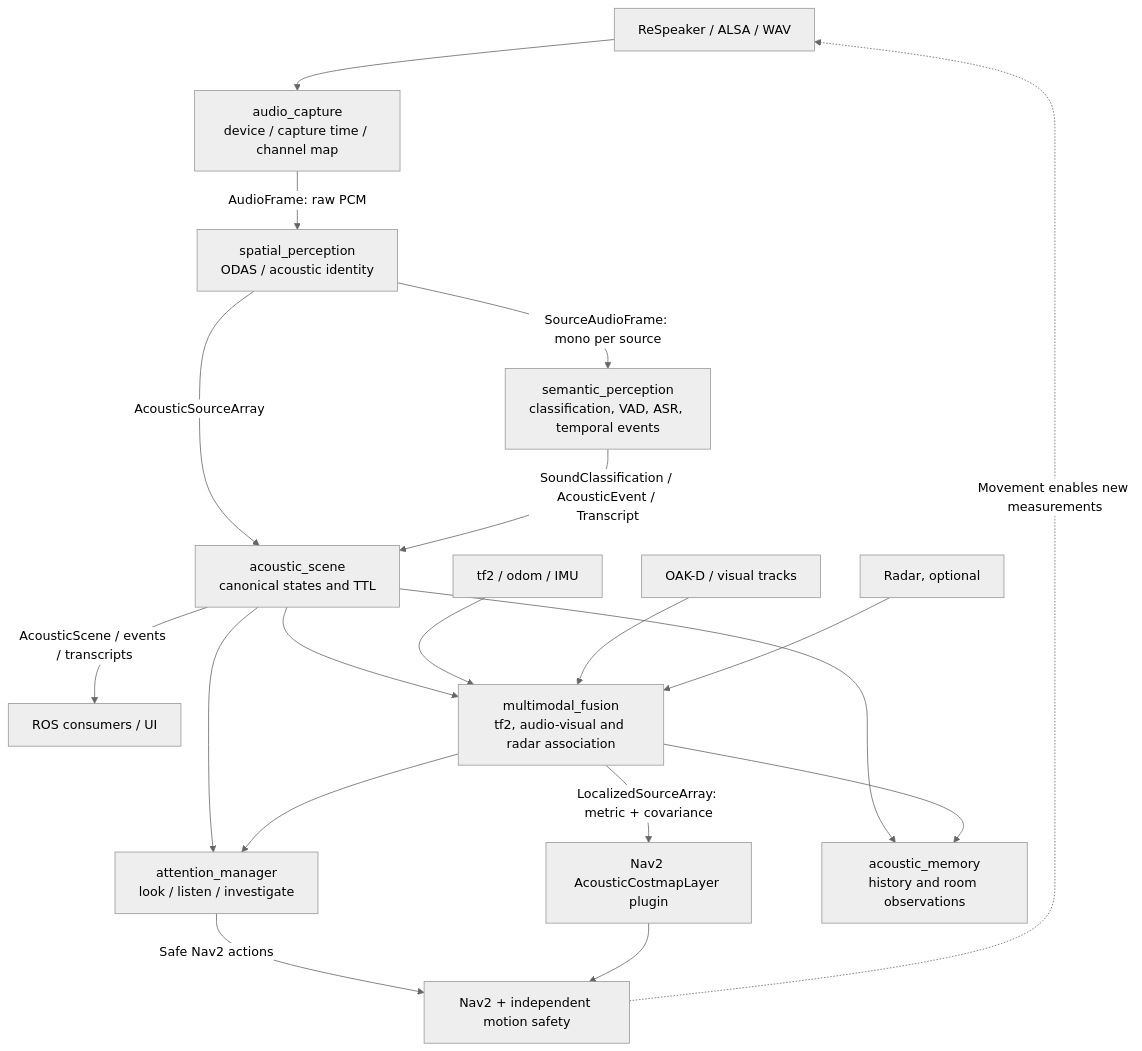
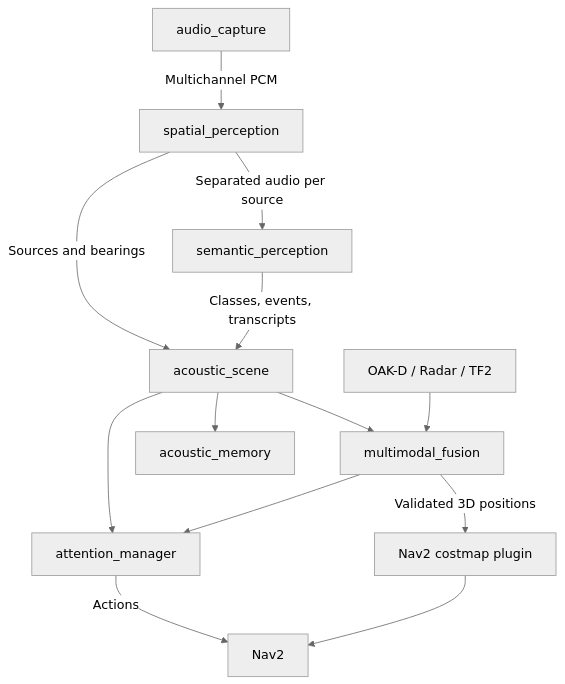
One commit to ARDev1161/audition_ros2 changed the diagram in docs/diagrams/acoustic_interaction_flow.mmd. Above: the diagram before and after it, drawn with Mermaid (neutral theme).

Commit message:
docs: restore exact compact Mermaid node interactions

```diff
--- a/docs/diagrams/acoustic_interaction_flow.mmd
+++ b/docs/diagrams/acoustic_interaction_flow.mmd
@@ -1,19 +1,13 @@
 flowchart TB
-  MIC["ReSpeaker / ALSA / WAV"] --> CAP["audio_capture<br/>device / capture time / channel map"]
-  CAP -->|"AudioFrame: raw PCM"| SP["spatial_perception<br/>ODAS / acoustic identity"]
-  SP -->|"SourceAudioFrame: mono per source"| SEM["semantic_perception<br/>classification, VAD, ASR, temporal events"]
-  SP -->|"AcousticSourceArray"| SC["acoustic_scene<br/>canonical states and TTL"]
-  SEM -->|"SoundClassification / AcousticEvent / Transcript"| SC
-  SC -->|"AcousticScene / events / transcripts"| CONS["ROS consumers / UI"]
-  SC --> ATT["attention_manager<br/>look / listen / investigate"]
-  SC --> FUS["multimodal_fusion<br/>tf2, audio-visual and radar association"]
-  TF["tf2 / odom / IMU"] --> FUS
-  CAM["OAK-D / visual tracks"] --> FUS
-  RAD["Radar, optional"] --> FUS
-  FUS -->|"LocalizedSourceArray: metric + covariance"| COST["Nav2 AcousticCostmapLayer plugin"]
-  FUS --> ATT
-  SC --> MEM["acoustic_memory<br/>history and room observations"]
-  FUS --> MEM
-  ATT -->|"Safe Nav2 actions"| NAV["Nav2 + independent motion safety"]
-  COST --> NAV
-  NAV -. "Movement enables new measurements" .-> MIC
+    CAP["audio_capture"] -->|Multichannel PCM| SP["spatial_perception"]
+    SP -->|Separated audio per source| SEM["semantic_perception"]
+    SP -->|Sources and bearings| SC["acoustic_scene"]
+    SEM -->|Classes, events, transcripts| SC
+    SC --> ATT["attention_manager"]
+    SC --> FUS["multimodal_fusion"]
+    SC --> MEM["acoustic_memory"]
+    CAM["OAK-D / Radar / TF2"] --> FUS
+    FUS -->|Validated 3D positions| COST["Nav2 costmap plugin"]
+    FUS --> ATT
+    ATT -->|Actions| NAV["Nav2"]
+    COST --> NAV
```
